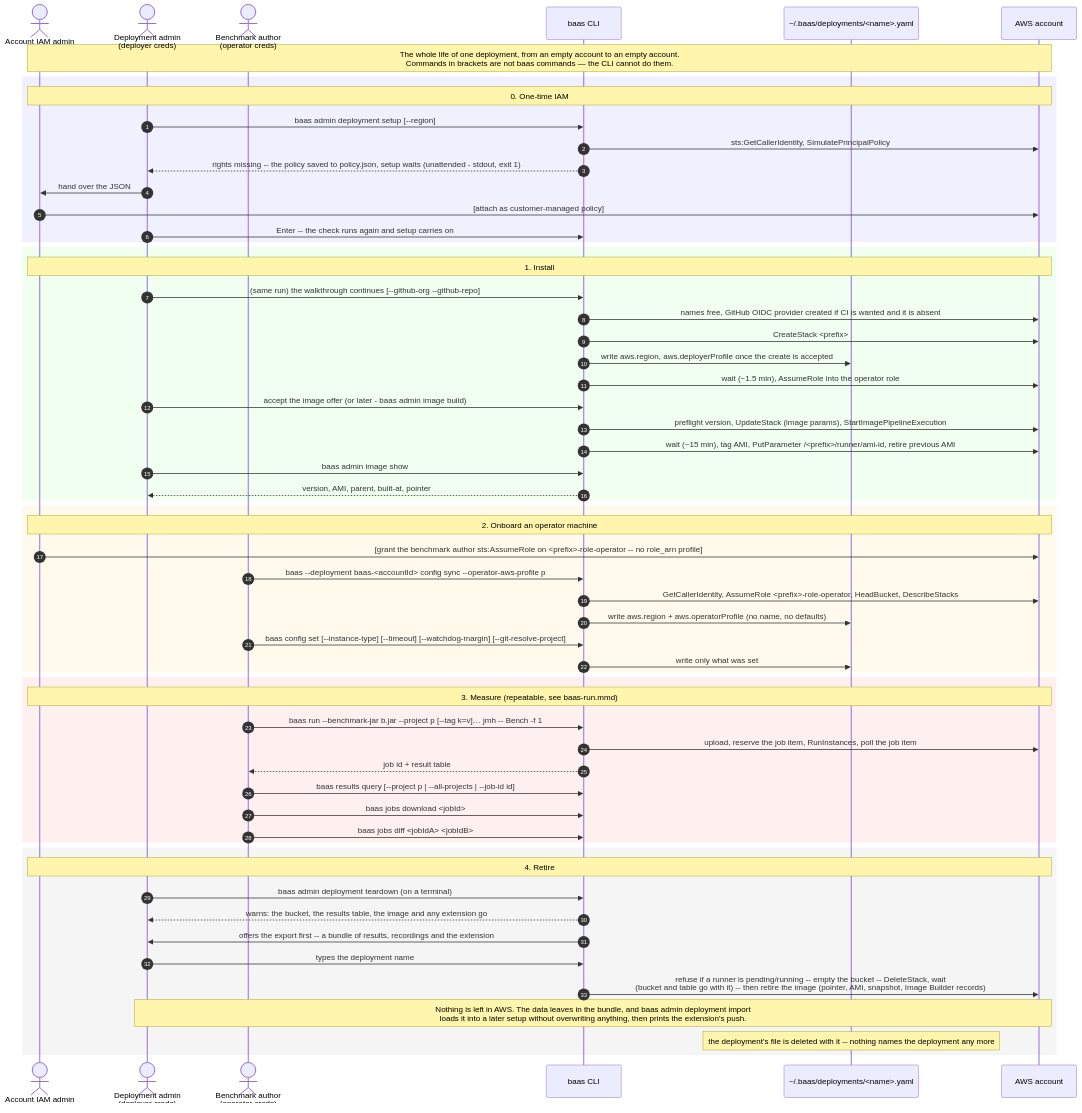
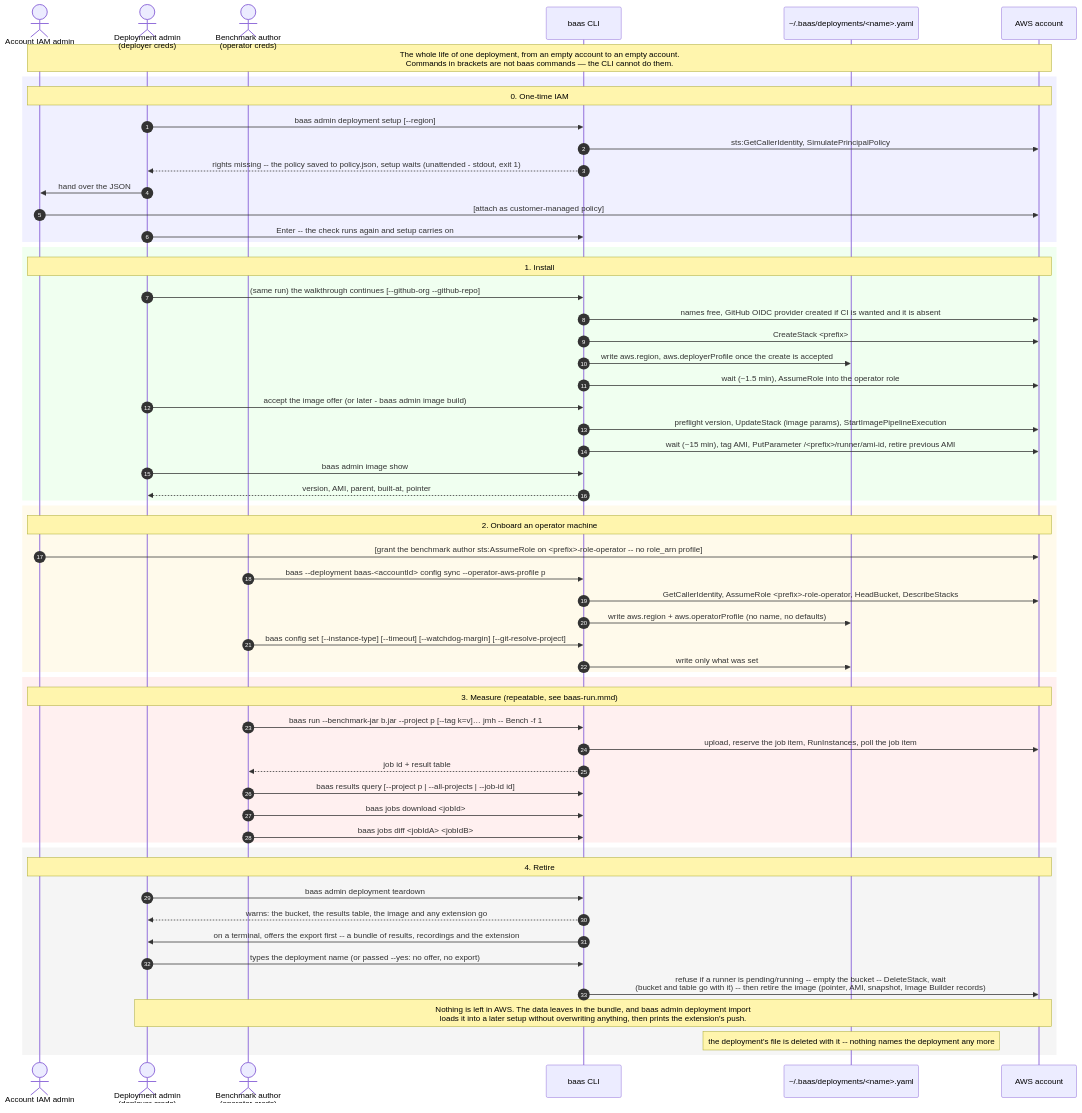
One commit to wsztajerowski/benchmark-as-a-service changed the diagram in docs/diagrams/baas-lifecycle.mmd. Above: the diagram before and after it, drawn with Mermaid. The commit also changed 13 other files, not shown here.

First line of the commit message:
feat(cli): restore teardown --yes, which offers no export

```diff
--- a/docs/diagrams/baas-lifecycle.mmd
+++ b/docs/diagrams/baas-lifecycle.mmd
@@ -1,65 +1,65 @@
 sequenceDiagram
     autonumber
     actor IA as Account IAM admin
     actor Adm as Deployment admin<br/>(deployer creds)
     actor Op as Benchmark author<br/>(operator creds)
     participant CLI as baas CLI
     participant CFG as ~/.baas/deployments/<name>.yaml
     participant AWS as AWS account
 
     Note over IA,AWS: The whole life of one deployment, from an empty account to an empty account.<br/>Commands in brackets are not baas commands — the CLI cannot do them.
 
     rect rgb(240, 240, 255)
         Note over IA,AWS: 0. One-time IAM
         Adm->>CLI: baas admin deployment setup [--region]
         CLI->>AWS: sts:GetCallerIdentity, SimulatePrincipalPolicy
         CLI-->>Adm: rights missing -- the policy saved to policy.json, setup waits (unattended - stdout, exit 1)
         Adm->>IA: hand over the JSON
         IA->>AWS: [attach as customer-managed policy]
         Adm->>CLI: Enter -- the check runs again and setup carries on
     end
 
     rect rgb(240, 255, 240)
         Note over IA,AWS: 1. Install
         Adm->>CLI: (same run) the walkthrough continues [--github-org --github-repo]
         CLI->>AWS: names free, GitHub OIDC provider created if CI is wanted and it is absent
         CLI->>AWS: CreateStack <prefix>
         CLI->>CFG: write aws.region, aws.deployerProfile once the create is accepted
         CLI->>AWS: wait (~1.5 min), AssumeRole into the operator role
         Adm->>CLI: accept the image offer (or later - baas admin image build)
         CLI->>AWS: preflight version, UpdateStack (image params), StartImagePipelineExecution
         CLI->>AWS: wait (~15 min), tag AMI, PutParameter /<prefix>/runner/ami-id, retire previous AMI
         Adm->>CLI: baas admin image show
         CLI-->>Adm: version, AMI, parent, built-at, pointer
     end
 
     rect rgb(255, 250, 235)
         Note over IA,AWS: 2. Onboard an operator machine
         IA->>AWS: [grant the benchmark author sts:AssumeRole on <prefix>-role-operator -- no role_arn profile]
         Op->>CLI: baas --deployment baas-<accountId> config sync --operator-aws-profile p
         CLI->>AWS: GetCallerIdentity, AssumeRole <prefix>-role-operator, HeadBucket, DescribeStacks
         CLI->>CFG: write aws.region + aws.operatorProfile (no name, no defaults)
         Op->>CLI: baas config set [--instance-type] [--timeout] [--watchdog-margin] [--git-resolve-project]
         CLI->>CFG: write only what was set
     end
 
     rect rgb(255, 240, 240)
         Note over IA,AWS: 3. Measure (repeatable, see baas-run.mmd)
         Op->>CLI: baas run --benchmark-jar b.jar --project p [--tag k=v]… jmh -- Bench -f 1
         CLI->>AWS: upload, reserve the job item, RunInstances, poll the job item
         CLI-->>Op: job id + result table
         Op->>CLI: baas results query [--project p | --all-projects | --job-id id]
         Op->>CLI: baas jobs download <jobId>
         Op->>CLI: baas jobs diff <jobIdA> <jobIdB>
     end
 
     rect rgb(245, 245, 245)
         Note over IA,AWS: 4. Retire
-        Adm->>CLI: baas admin deployment teardown (on a terminal)
+        Adm->>CLI: baas admin deployment teardown
         CLI-->>Adm: warns: the bucket, the results table, the image and any extension go
-        CLI->>Adm: offers the export first -- a bundle of results, recordings and the extension
-        Adm->>CLI: types the deployment name
+        CLI->>Adm: on a terminal, offers the export first -- a bundle of results, recordings and the extension
+        Adm->>CLI: types the deployment name (or passed --yes: no offer, no export)
         CLI->>AWS: refuse if a runner is pending/running -- empty the bucket -- DeleteStack, wait<br/>(bucket and table go with it) -- then retire the image (pointer, AMI, snapshot, Image Builder records)
         Note over Adm,AWS: Nothing is left in AWS. The data leaves in the bundle, and baas admin deployment import<br/>loads it into a later setup without overwriting anything, then prints the extension's push.
         Note over CFG: the deployment's file is deleted with it -- nothing names the deployment any more
     end
```
